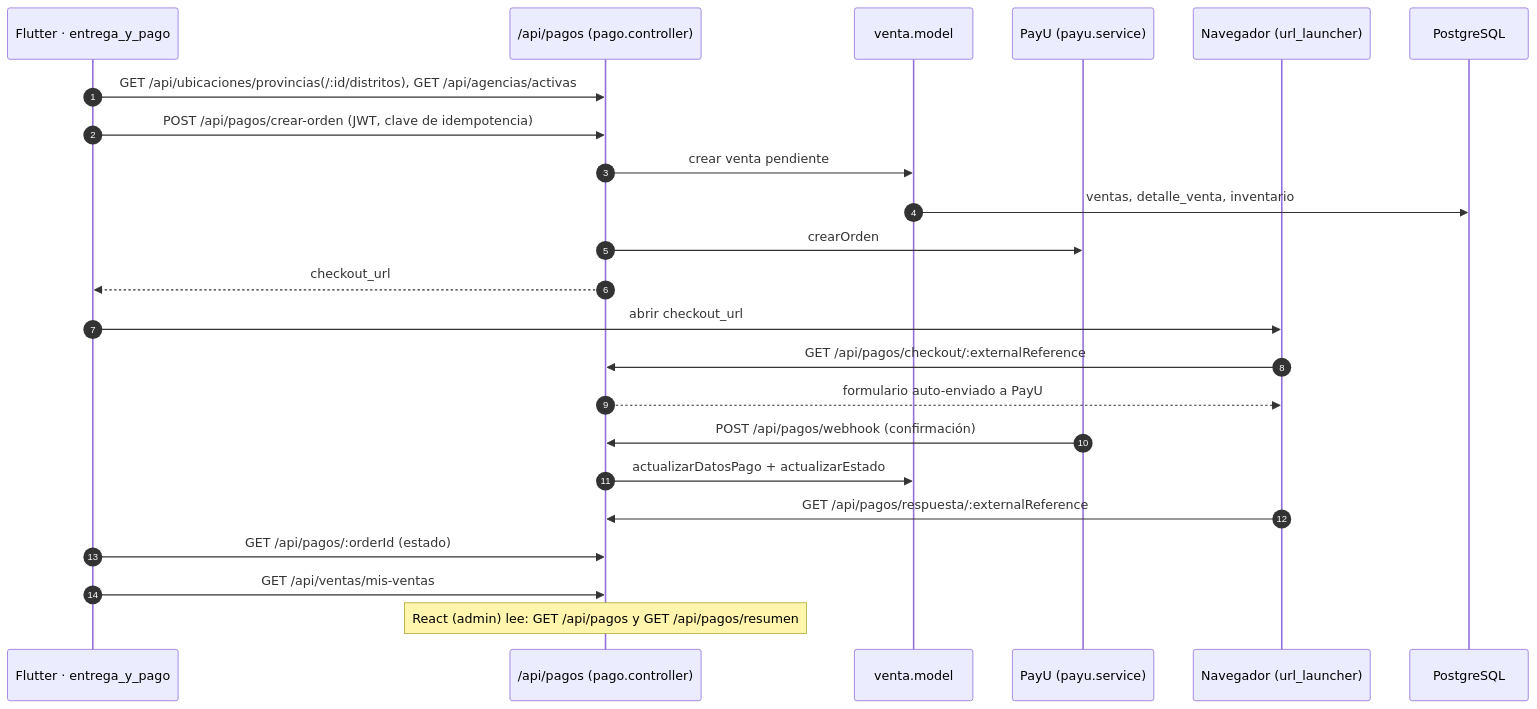
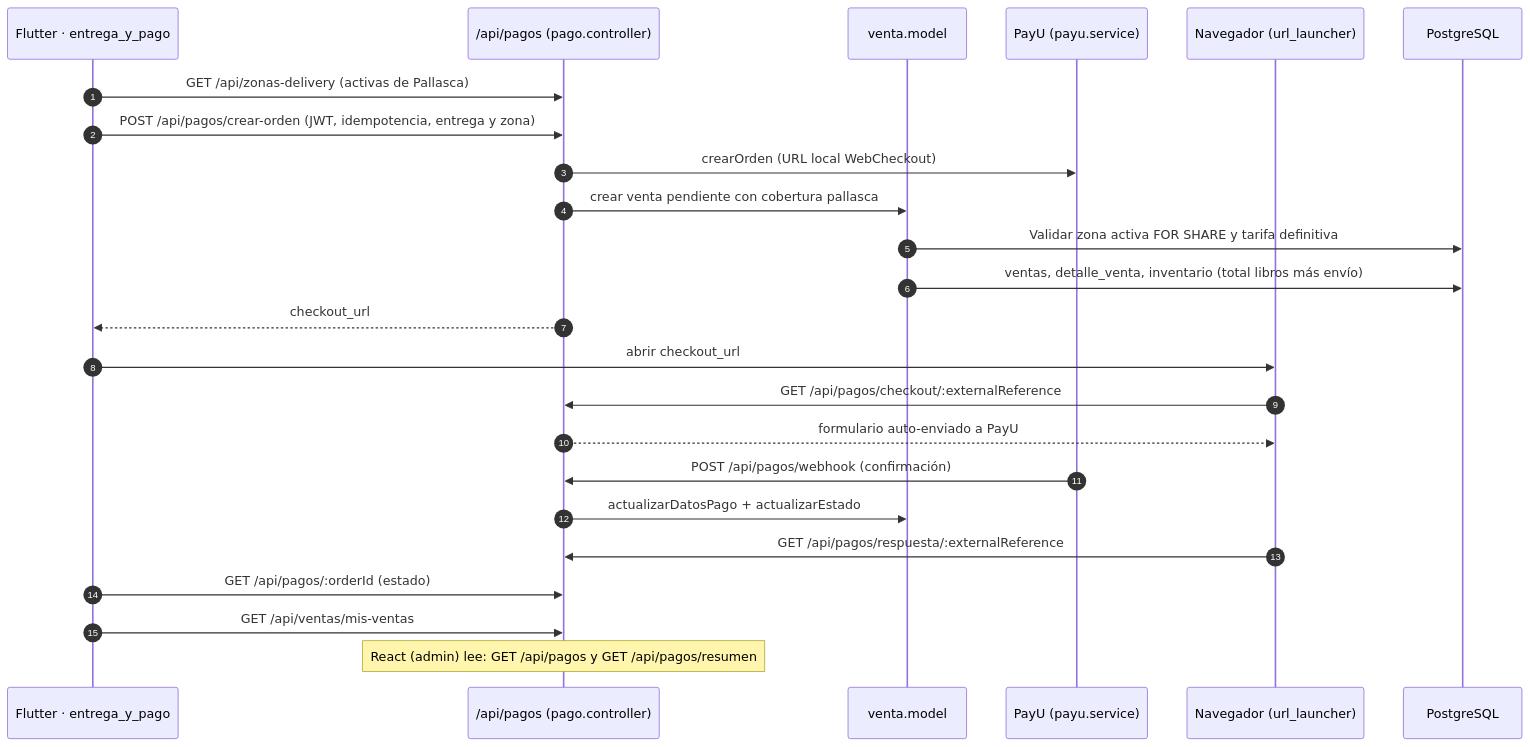
Before and after one commit to jimenezvegaedinson7-dot/librer-a: the diagram in docs/architecture/graphs/payments-flow.mmd, drawn with Mermaid. The commit also changed 57 other files, not shown here.

Commit message:
feat: cobertura Pallasca y publicar APK 1.0.4

```diff
--- a/docs/architecture/graphs/payments-flow.mmd
+++ b/docs/architecture/graphs/payments-flow.mmd
@@ -1,24 +1,25 @@
 %% Generado 2026-10-02 desde el código real (actualizar-mapa.mjs)
 sequenceDiagram
     autonumber
     participant F as Flutter · entrega_y_pago
     participant API as /api/pagos (pago.controller)
     participant VM as venta.model
     participant P as PayU (payu.service)
     participant B as Navegador (url_launcher)
     participant DB as PostgreSQL
-    F->>API: GET /api/ubicaciones/provincias(/:id/distritos), GET /api/agencias/activas
-    F->>API: POST /api/pagos/crear-orden (JWT, clave de idempotencia)
-    API->>VM: crear venta pendiente
-    VM->>DB: ventas, detalle_venta, inventario
-    API->>P: crearOrden
+    F->>API: GET /api/zonas-delivery (activas de Pallasca)
+    F->>API: POST /api/pagos/crear-orden (JWT, idempotencia, entrega y zona)
+    API->>P: crearOrden (URL local WebCheckout)
+    API->>VM: crear venta pendiente con cobertura pallasca
+    VM->>DB: Validar zona activa FOR SHARE y tarifa definitiva
+    VM->>DB: ventas, detalle_venta, inventario (total libros más envío)
     API-->>F: checkout_url
     F->>B: abrir checkout_url
     B->>API: GET /api/pagos/checkout/:externalReference
     API-->>B: formulario auto-enviado a PayU
     P->>API: POST /api/pagos/webhook (confirmación)
     API->>VM: actualizarDatosPago + actualizarEstado
     B->>API: GET /api/pagos/respuesta/:externalReference
     F->>API: GET /api/pagos/:orderId (estado)
     F->>API: GET /api/ventas/mis-ventas
     Note over API: React (admin) lee: GET /api/pagos y GET /api/pagos/resumen
```
